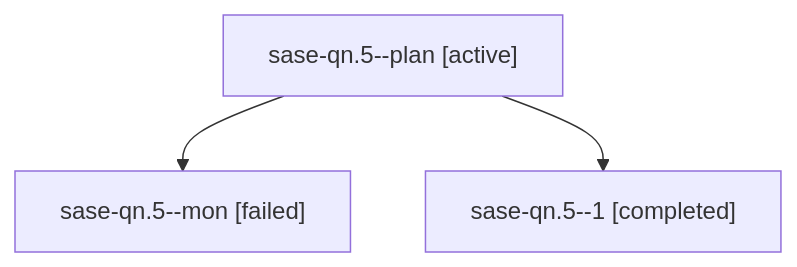
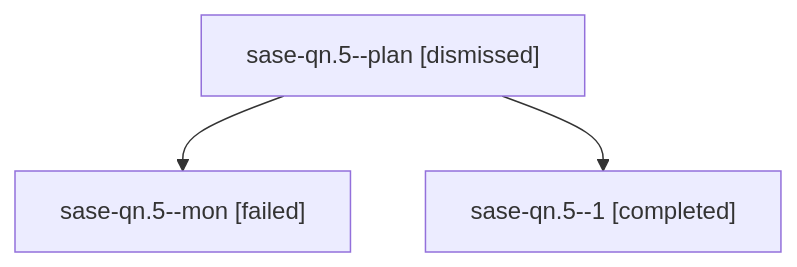
One commit to sase-org/sase--agents changed the diagram in sessions/bbugyi200.athena.sase-qn.5.md. Above: the diagram before and after it, drawn with Mermaid. The commit also changed other lines of this file and 112 other files, not shown here.

````diff
--- a/sessions/bbugyi200.athena.sase-qn.5.md
+++ b/sessions/bbugyi200.athena.sase-qn.5.md
@@ -9,8 +9,8 @@
 ```mermaid
 flowchart TD
-  n0["sase-qn.5--plan [active]"]
+  n0["sase-qn.5--plan [dismissed]"]
   n1["sase-qn.5--mon [failed]"]
   n0 --> n1
   n2["sase-qn.5--1 [completed]"]
   n0 --> n2
 ```
````
